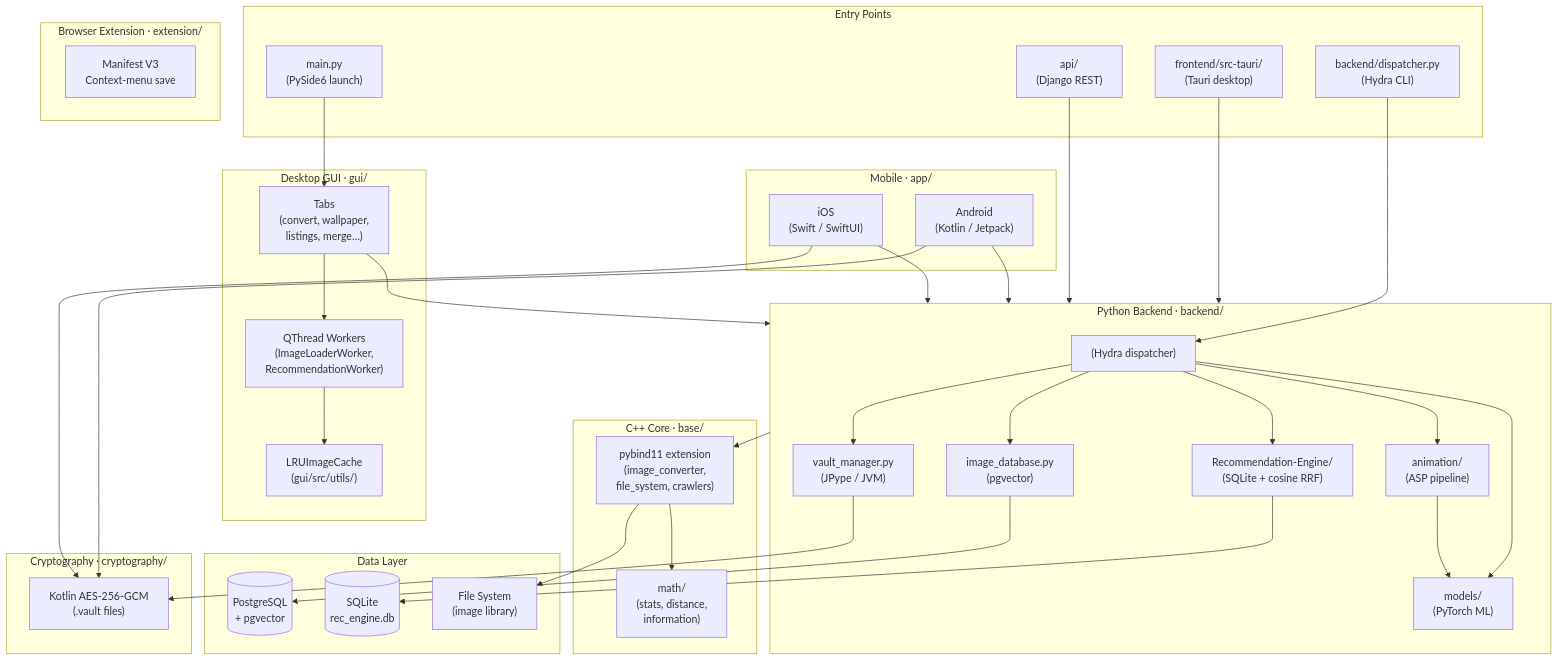
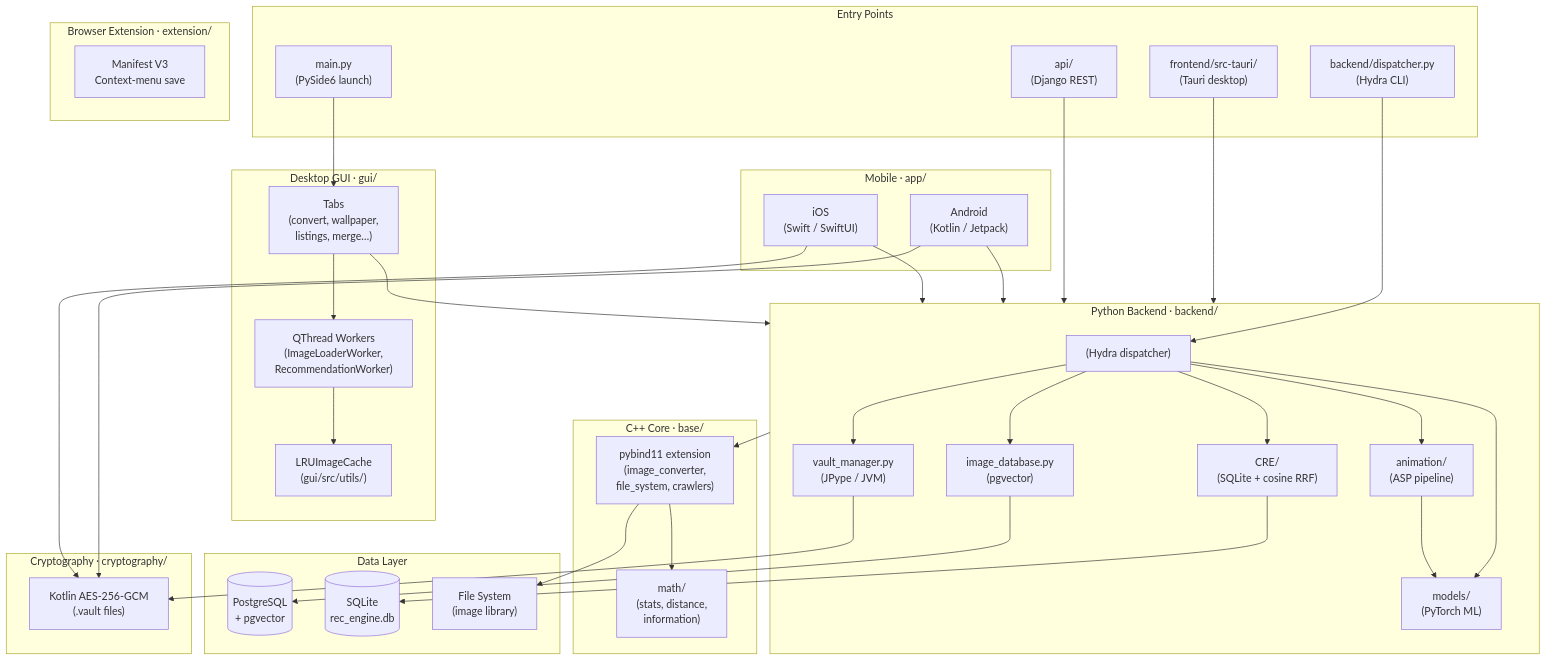
Before and after one commit to ACFHarbinger/Image-Toolkit: the first of 25 diagrams in docs/ARCHITECTURE.md, drawn with Mermaid. The commit also changed other lines of this file and 26 other files, not shown here.

```diff
--- a/docs/ARCHITECTURE.md
+++ b/docs/ARCHITECTURE.md
@@ -26,7 +26,7 @@
         MODELS["models/\n(PyTorch ML)"]
         DB["image_database.py\n(pgvector)"]
         VAULT["vault_manager.py\n(JPype / JVM)"]
-        RECENG["Recommendation-Engine/\n(SQLite + cosine RRF)"]
+        RECENG["CRE/\n(SQLite + cosine RRF)"]
     end
 
     subgraph CppCore["C++ Core  ·  base/"]
```
